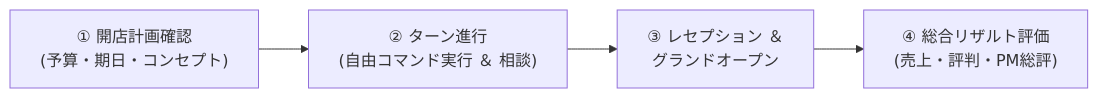
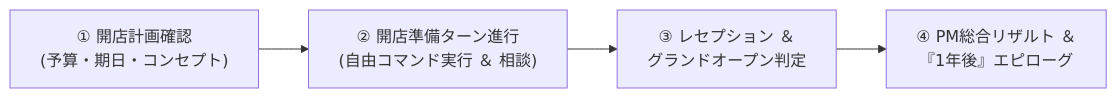
The third of 3 diagrams in docs/v3/spec/overview.md (asabon/pm-simulator), drawn with Mermaid before and after one commit. The commit also changed other lines of this file, not shown here.

````diff
--- a/docs/v3/spec/overview.md
+++ b/docs/v3/spec/overview.md
@@ -128,6 +155,6 @@
 ```mermaid
 flowchart LR
-    A["① 開店計画確認<br/>(予算・期日・コンセプト)"] --> B["② ターン進行<br/>(自由コマンド実行 ＆ 相談)"]
-    B --> C["③ レセプション ＆<br/>グランドオープン"]
-    C --> D["④ 総合リザルト評価<br/>(売上・評判・PM総評)"]
+    A["① 開店計画確認<br/>(予算・期日・コンセプト)"] --> B["② 開店準備ターン進行<br/>(自由コマンド実行 ＆ 相談)"]
+    B --> C["③ レセプション ＆<br/>グランドオープン判定"]
+    C --> D["④ PM総合リザルト ＆<br/>『1年後』エピローグ"]
 ```
````
